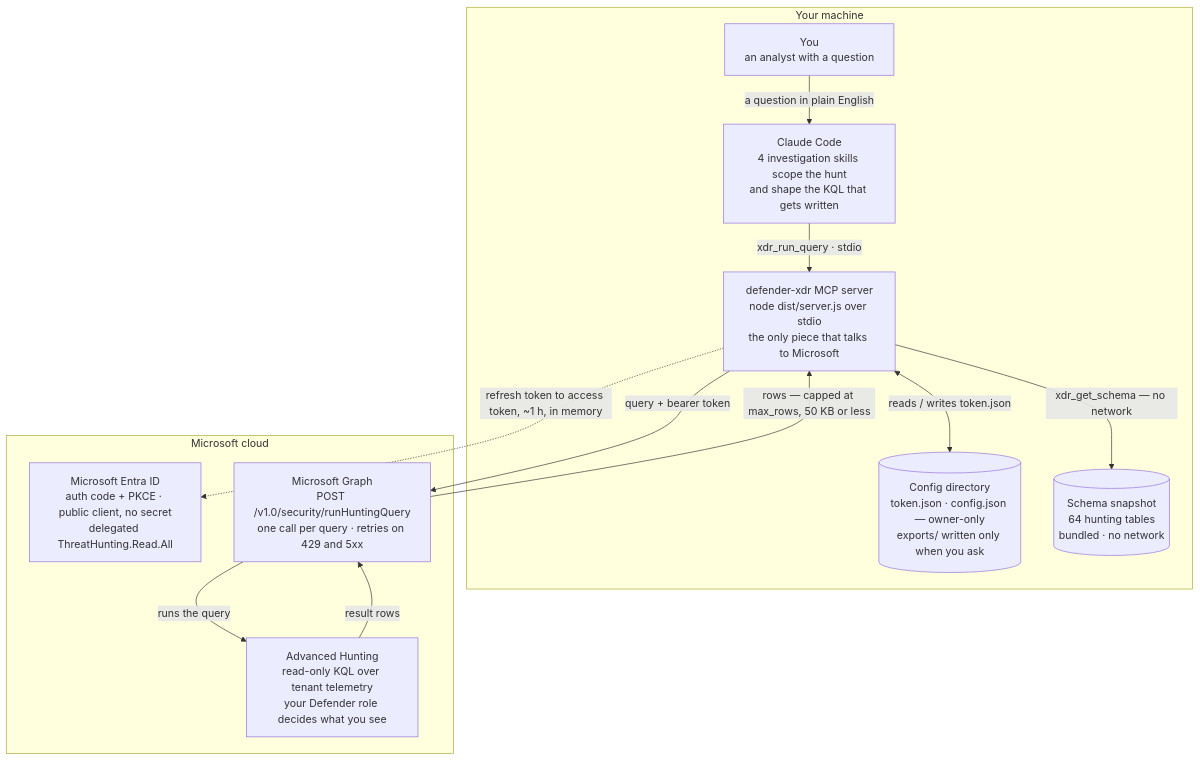
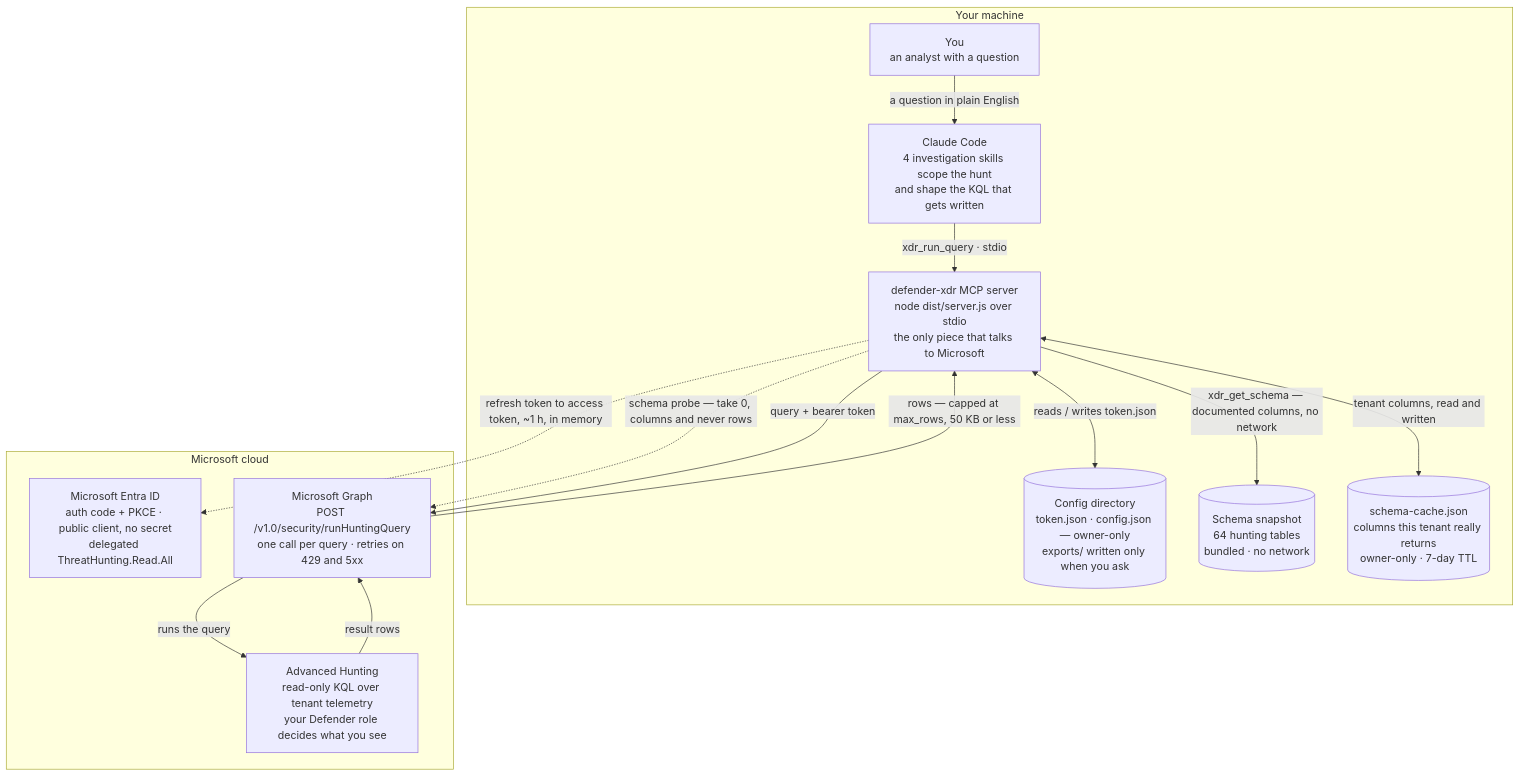
One commit to andrewtchilds/claude-defender-xdr changed the first of 3 diagrams in docs/architecture.md. Above: the diagram before and after it, drawn with Mermaid. The commit also changed other lines of this file and 11 other files, not shown here.

````diff
--- a/docs/architecture.md
+++ b/docs/architecture.md
@@ -10,26 +10,29 @@
 ```mermaid
 flowchart TB
   subgraph machine["Your machine"]
     you["You<br/>an analyst with a question"]
     code["Claude Code<br/>4 investigation skills scope the hunt<br/>and shape the KQL that gets written"]
     mcp["defender-xdr MCP server<br/>node dist/server.js over stdio<br/>the only piece that talks to Microsoft"]
     state[("Config directory<br/>token.json · config.json — owner-only<br/>exports/ written only when you ask")]
     snapshot[("Schema snapshot<br/>64 hunting tables<br/>bundled · no network")]
+    cache[("schema-cache.json<br/>columns this tenant really returns<br/>owner-only · 7-day TTL")]
   end
 
   subgraph cloud["Microsoft cloud"]
     entra["Microsoft Entra ID<br/>auth code + PKCE · public client, no secret<br/>delegated ThreatHunting.Read.All"]
     msgraph["Microsoft Graph<br/>POST /v1.0/security/runHuntingQuery<br/>one call per query · retries on 429 and 5xx"]
     hunting["Advanced Hunting<br/>read-only KQL over tenant telemetry<br/>your Defender role decides what you see"]
   end
 
   you -->|"a question in plain English"| code
   code -->|"xdr_run_query · stdio"| mcp
   mcp <-->|"reads / writes token.json"| state
-  mcp -->|"xdr_get_schema — no network"| snapshot
+  mcp -->|"xdr_get_schema — documented columns, no network"| snapshot
+  mcp <-->|"tenant columns, read and written"| cache
   mcp -.->|"refresh token to access token, ~1 h, in memory"| entra
+  mcp -.->|"schema probe — take 0, columns and never rows"| msgraph
   mcp -->|"query + bearer token"| msgraph
   msgraph -->|"runs the query"| hunting
   hunting -->|"result rows"| msgraph
   msgraph -->|"rows — capped at max_rows, 50 KB or less"| mcp
 ```
````
